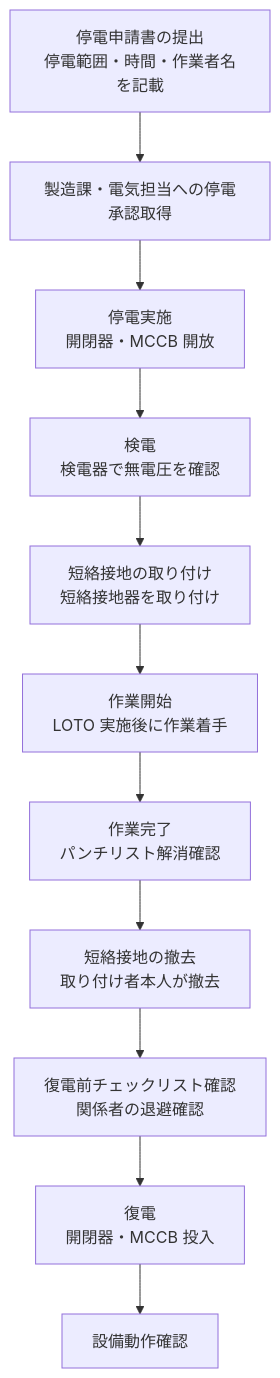
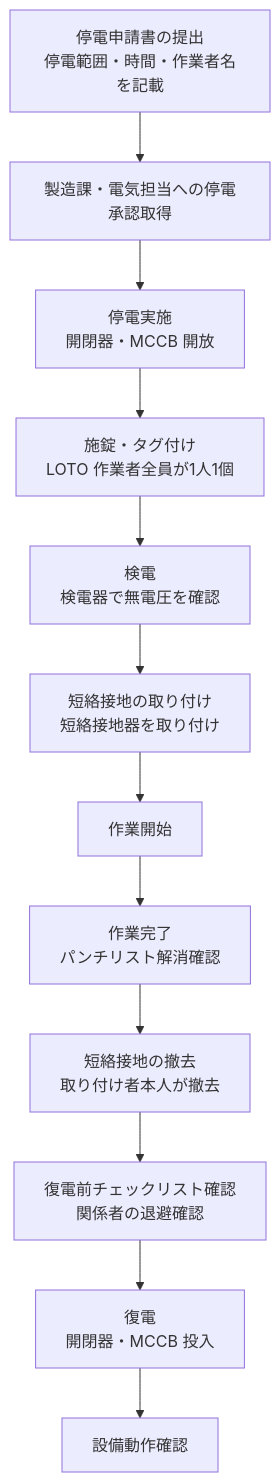
One commit to kfurufuru/ei-wiki changed the diagram in docs/05-hozen/outage-work.md. Above: the diagram before and after it, drawn with Mermaid. The commit also changed other lines of this file and 4 other files, not shown here.

````diff
--- a/docs/05-hozen/outage-work.md
+++ b/docs/05-hozen/outage-work.md
@@ -22,13 +22,14 @@
 ```mermaid
 flowchart TD
     A[停電申請書の提出\n停電範囲・時間・作業者名を記載] --> B[製造課・電気担当への停電承認取得]
     B --> C[停電実施\n開閉器・MCCB 開放]
-    C --> D[検電\n検電器で無電圧を確認]
+    C --> C2[施錠・タグ付け\nLOTO 作業者全員が1人1個]
+    C2 --> D[検電\n検電器で無電圧を確認]
     D --> E[短絡接地の取り付け\n短絡接地器を取り付け]
-    E --> F[作業開始\nLOTO 実施後に作業着手]
+    E --> F[作業開始]
     F --> G[作業完了\nパンチリスト解消確認]
     G --> H[短絡接地の撤去\n取り付け者本人が撤去]
     H --> I[復電前チェックリスト確認\n関係者の退避確認]
     I --> J[復電\n開閉器・MCCB 投入]
     J --> K[設備動作確認]
 ```
````
